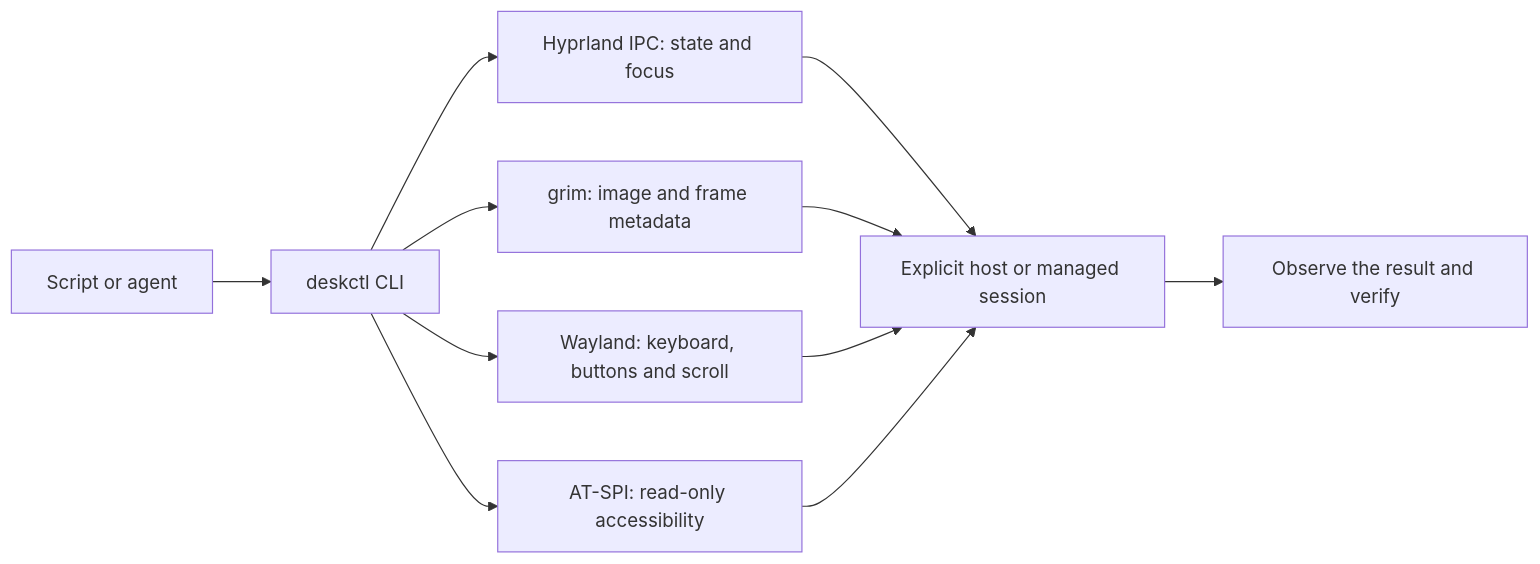
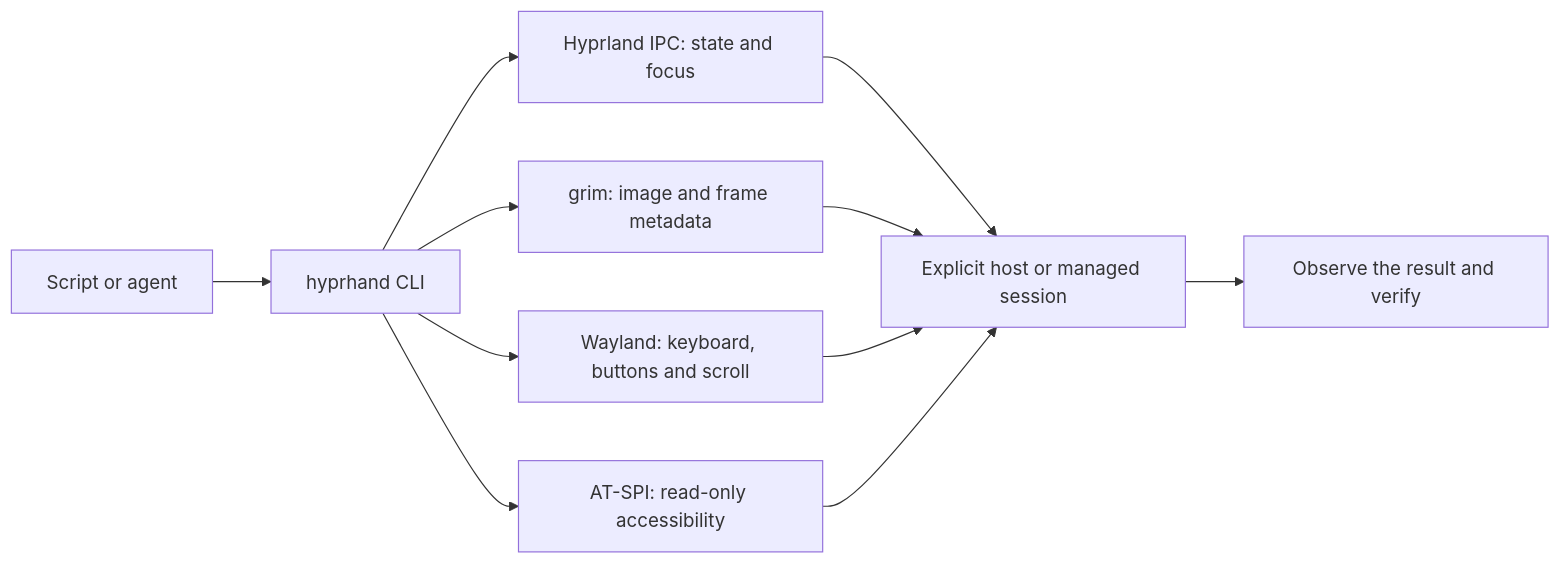
One commit to Osmait/hyprhand changed the diagram in README.md. Above: the diagram before and after it, drawn with Mermaid. The commit also changed other lines of this file and 81 other files, not shown here.

Commit message:
Rename project and CLI to Hyprhand

````diff
--- a/README.md
+++ b/README.md
@@ -73,13 +79,13 @@
 ```mermaid
 flowchart LR
-    A[Script or agent] --> B[deskctl CLI]
+    A[Script or agent] --> B[hyprhand CLI]
     B --> C[Hyprland IPC: state and focus]
     B --> D[grim: image and frame metadata]
     B --> E[Wayland: keyboard, buttons and scroll]
     B --> F[AT-SPI: read-only accessibility]
     C --> G[Explicit host or managed session]
     D --> G
     E --> G
     F --> G
     G --> H[Observe the result and verify]
 ```
````
